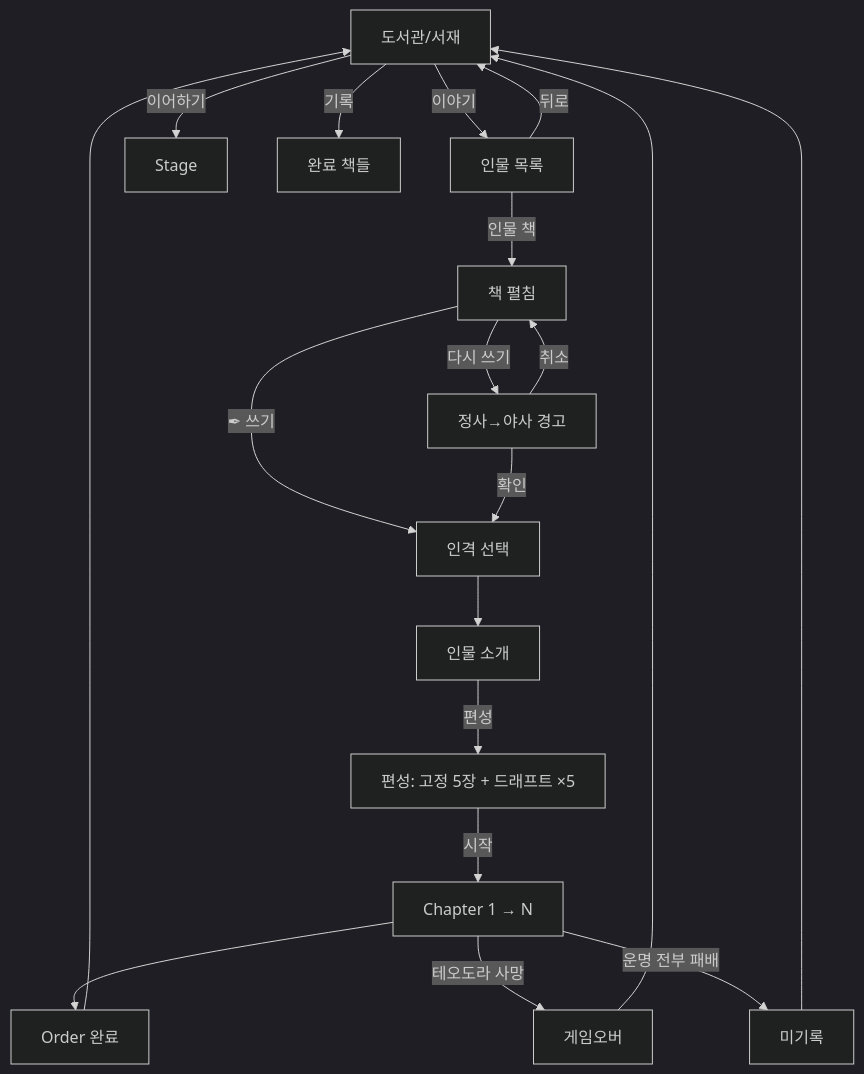
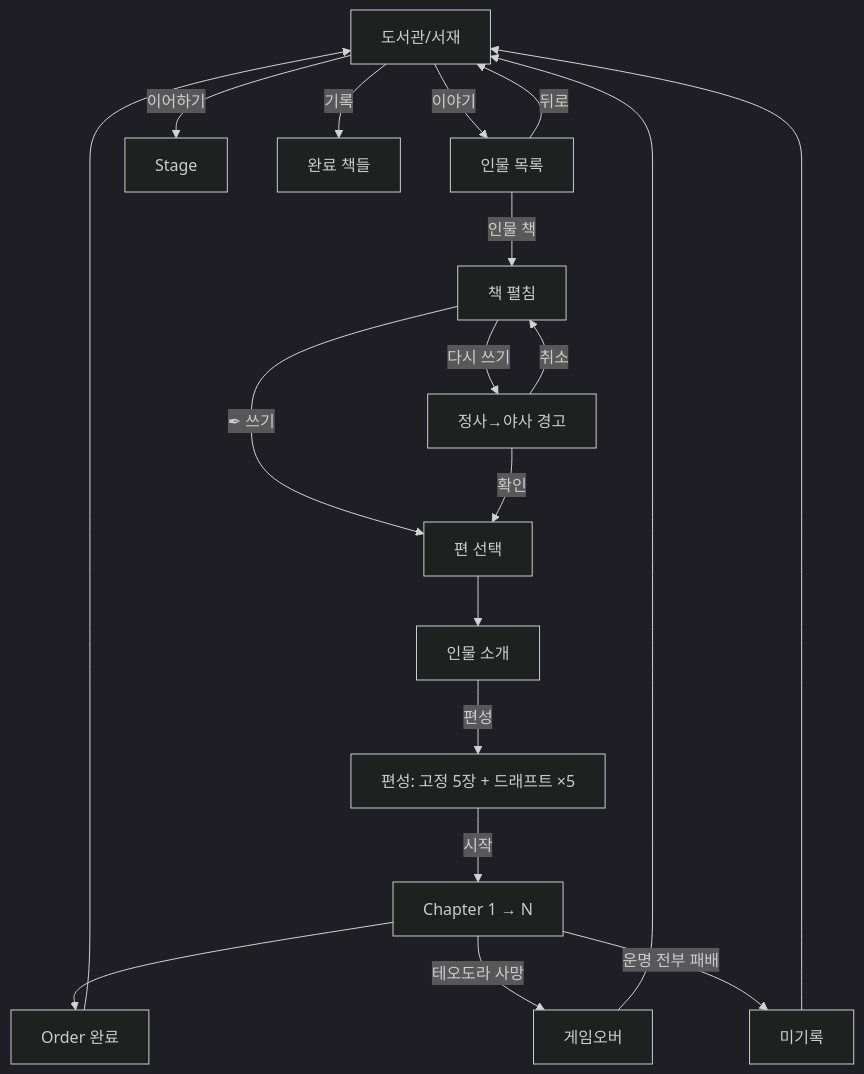
Before and after one commit to roam1215-beep/Chronicle-wiki: the diagram in design/ui_flow.md, drawn with Mermaid (dark theme). The commit also changed other lines of this file and 1 other file, not shown here.

````diff
--- a/design/ui_flow.md
+++ b/design/ui_flow.md
@@ -86,23 +86,23 @@
 ```mermaid
 flowchart TD
     LIB["도서관/서재"] -->|이야기| LIST["인물 목록"]
     LIB -->|이어하기| STAGE["Stage"]
     LIB -->|기록| RECORD["완료 책들"]
     
     LIST -->|인물 책| CHAR["책 펼침"]
     LIST -->|뒤로| LIB
     
-    CHAR -->|✒ 쓰기| PERSONA["인격 선택"]
+    CHAR -->|✒ 쓰기| PERSONA["편 선택"]
     CHAR -->|다시 쓰기| WARN["정사→야사 경고"]
     WARN -->|확인| PERSONA
     WARN -->|취소| CHAR
     
     PERSONA --> INTRO["인물 소개"]
     INTRO -->|편성| DRAFT["편성: 고정 5장 + 드래프트 ×5"]
     DRAFT -->|시작| CH["Chapter 1 → N"]
     CH --> SAVE["Order 완료"]
     SAVE --> LIB
     
     CH -->|테오도라 사망| GG["게임오버"] --> LIB
     CH -->|운명 전부 패배| FAIL["미기록"] --> LIB
 ```
````
